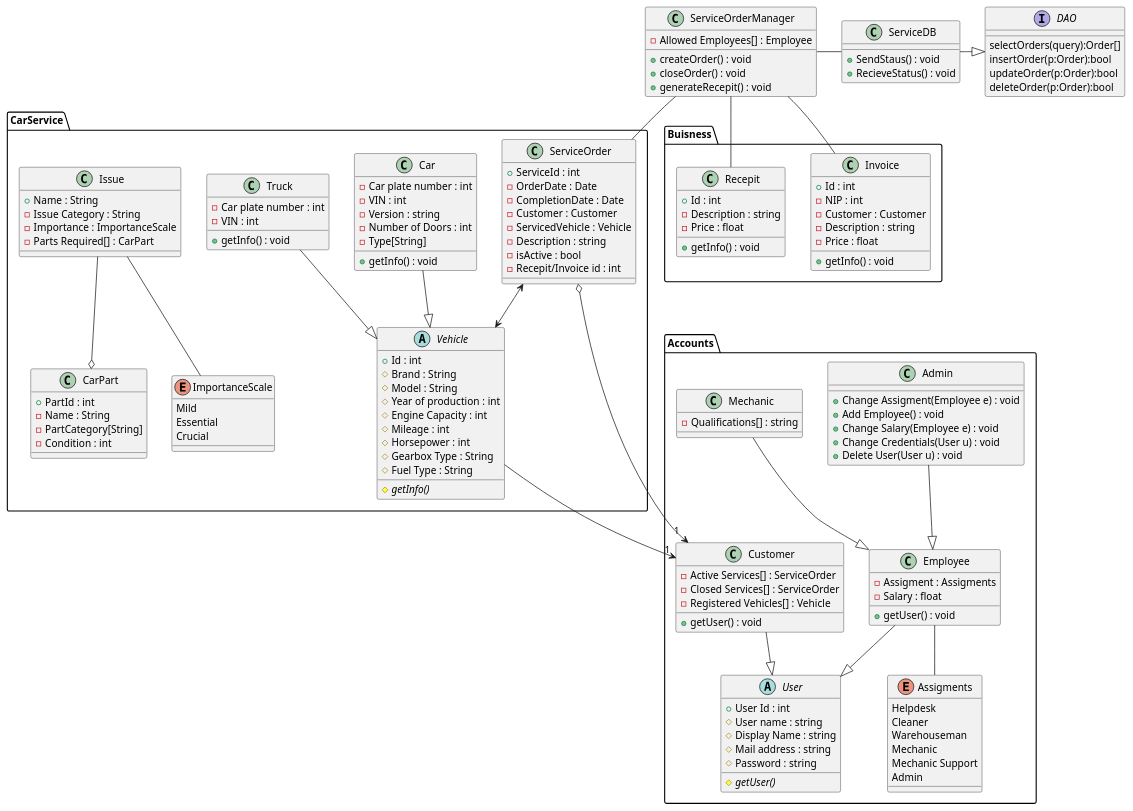
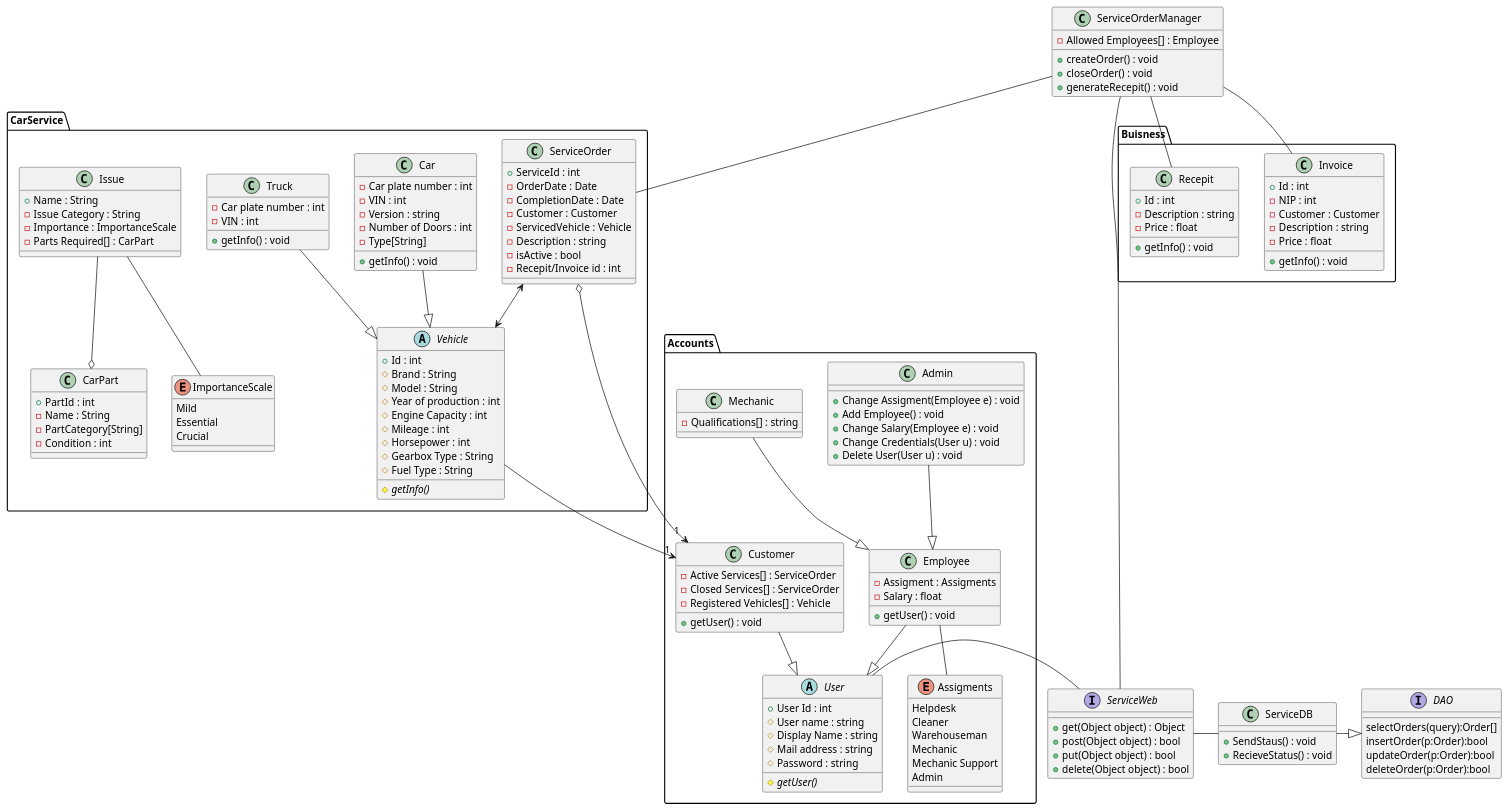
One commit to SquirrelloDev/uml changed the diagram in diagrams/class.wsd. Above: the diagram before and after it, drawn with PlantUML. The commit also changed 7 other files, not shown here.

```diff
--- a/diagrams/class.wsd
+++ b/diagrams/class.wsd
@@ -1,156 +1,167 @@
 @startuml class diagram
 package CarService{
 abstract class Vehicle {
     +Id : int
     #Brand : String
     #Model : String
     #Year of production : int
     #Engine Capacity : int
     #Mileage : int
     #Horsepower : int
     #Gearbox Type : String
     #Fuel Type : String
     
     #{abstract} getInfo()
 }
 class Car{
     -Car plate number : int
     -VIN : int
     -Version : string
     -Number of Doors : int
     -Type[String]
     +getInfo() : void
 }
 class Truck{
     -Car plate number : int
     -VIN : int
     +getInfo() : void
 }
 class CarPart {
    +PartId : int
    -Name : String
    -PartCategory[String]
    -Condition : int
 }
 
 class Issue{
     +Name : String
     -Issue Category : String
     -Importance : ImportanceScale
     -Parts Required[] : CarPart
 }
 enum ImportanceScale{
     Mild
     Essential
     Crucial
 }
 
 class ServiceOrder{
     +ServiceId : int
     -OrderDate : Date
     -CompletionDate : Date
     -Customer : Customer
     -ServicedVehicle : Vehicle
     -Description : string
     -isActive : bool
     -Recepit/Invoice id : int
 }
 
 }
 class ServiceOrderManager{
     -Allowed Employees[] : Employee
     +createOrder() : void
     +closeOrder() : void
     ' part of closeOrder()
     +generateRecepit() : void
+}
+Interface ServiceWeb{
+    'represents our web page
+    +get(Object object) : Object
+    +post(Object object) : bool
+    +put(Object object) : bool
+    +delete(Object object) : bool
 }
 package Accounts{
 abstract class User{
     +User Id : int
     #User name : string
     #Display Name : string
     #Mail address : string
     #Password : string
 
     #{abstract} getUser()
 }
 class Customer{
     -Active Services[] : ServiceOrder
     -Closed Services[] : ServiceOrder
     -Registered Vehicles[] : Vehicle
 
     +getUser() : void
 }
 class Admin{
     +Change Assigment(Employee e) : void
     +Add Employee() : void
     +Change Salary(Employee e) : void
     +Change Credentials(User u) : void
     +Delete User(User u) : void
 
 }
 class Employee{
     -Assigment : Assigments
     -Salary : float
 
     +getUser() : void
 }
 class Mechanic{
     -Qualifications[] : string
 
 }
 enum Assigments{
     Helpdesk
     Cleaner
     Warehouseman
     Mechanic
     Mechanic Support
     Admin
 }
 }
 package Buisness{
 class Invoice{
     +Id : int
     -NIP : int
     -Customer : Customer
     -Description : string
     -Price : float
     +getInfo() : void
 }
 class Recepit{
     +Id : int
     -Description : string
     -Price : float
      +getInfo() : void
 }
 }
 
 Interface DAO{
     selectOrders(query):Order[]
     insertOrder(p:Order):bool
     updateOrder(p:Order):bool
     deleteOrder(p:Order):bool
 }
 class ServiceDB{
  +SendStaus() : void
  +RecieveStatus() : void
 }
 ServiceDB -|> DAO
-ServiceOrderManager - ServiceDB
+ServiceOrderManager - ServiceWeb
+ServiceWeb - ServiceDB
+User - ServiceWeb
 Car --|> Vehicle
 Truck --|> Vehicle
 Issue -- ImportanceScale
 Issue --o CarPart
 ServiceOrder <--> Vehicle
 ServiceOrder o---> "1" Customer
 ServiceOrderManager -- ServiceOrder
 ServiceOrderManager -- Invoice
 ServiceOrderManager -- Recepit
 
+
+
 Vehicle --> "1" Customer
 Employee -- Assigments
 Customer --|> User
 Employee --|> User
 Mechanic --|> Employee
 Admin --|> Employee
 @enduml
```
